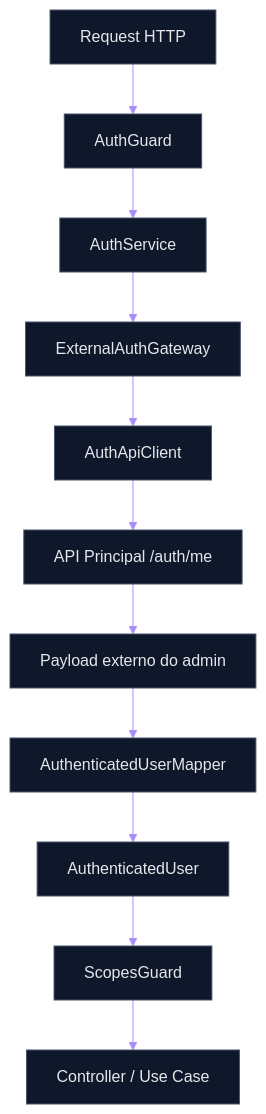
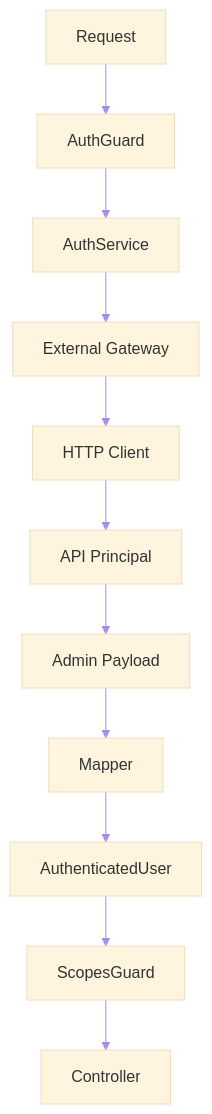
Before and after one commit to matheusdiamantino-betalent/IA: the third of 3 diagrams in RFC-0001-Auth.md, drawn with Mermaid. The commit also changed other lines of this file, not shown here.

````diff
--- a/RFC-0001-Auth.md
+++ b/RFC-0001-Auth.md
@@ -440,28 +163,14 @@
 ```mermaid
-%%{init: {
-  "theme": "base",
-  "themeVariables": {
-    "background": "#0b1220",
-    "primaryColor": "#0f172a",
-    "primaryTextColor": "#e5e7eb",
-    "primaryBorderColor": "#475569",
-    "lineColor": "#a78bfa",
-    "secondaryColor": "#172033",
-    "secondaryTextColor": "#e2e8f0",
-    "tertiaryColor": "#111827",
-    "tertiaryTextColor": "#f8fafc",
-    "fontFamily": "Inter, ui-sans-serif, system-ui, sans-serif"
-  }
-}}%%
+%%{init: {"theme": "base","themeVariables": {"background": "#020617","lineColor": "#a78bfa"}}}%%
 flowchart TD
-    A[Request HTTP] --> B[AuthGuard]
+    A[Request] --> B[AuthGuard]
     B --> C[AuthService]
-    C --> D[ExternalAuthGateway]
-    D --> E[AuthApiClient]
-    E --> F[API Principal /auth/me]
-    F --> G[Payload externo do admin]
-    G --> H[AuthenticatedUserMapper]
+    C --> D[External Gateway]
+    D --> E[HTTP Client]
+    E --> F[API Principal]
+    F --> G[Admin Payload]
+    G --> H[Mapper]
     H --> I[AuthenticatedUser]
     I --> J[ScopesGuard]
-    J --> K[Controller / Use Case]
+    J --> K[Controller]
 ```
````
